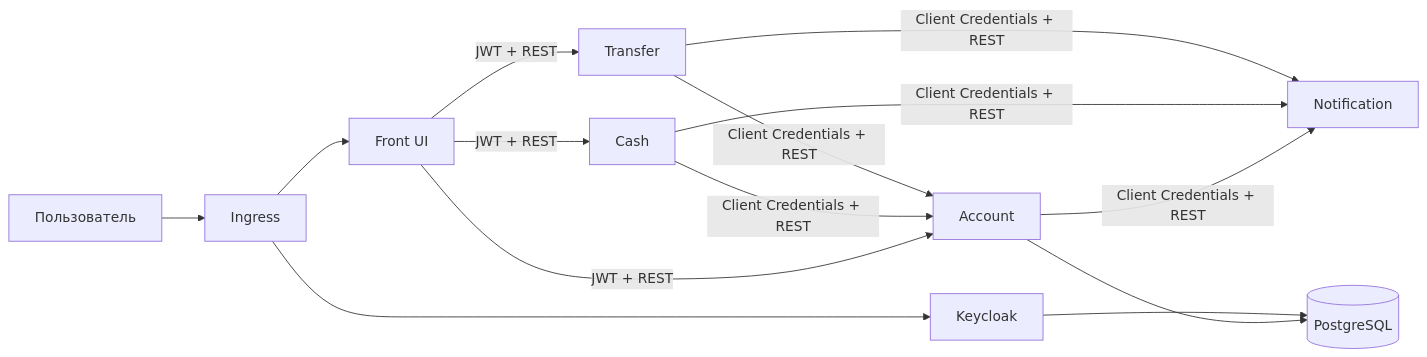
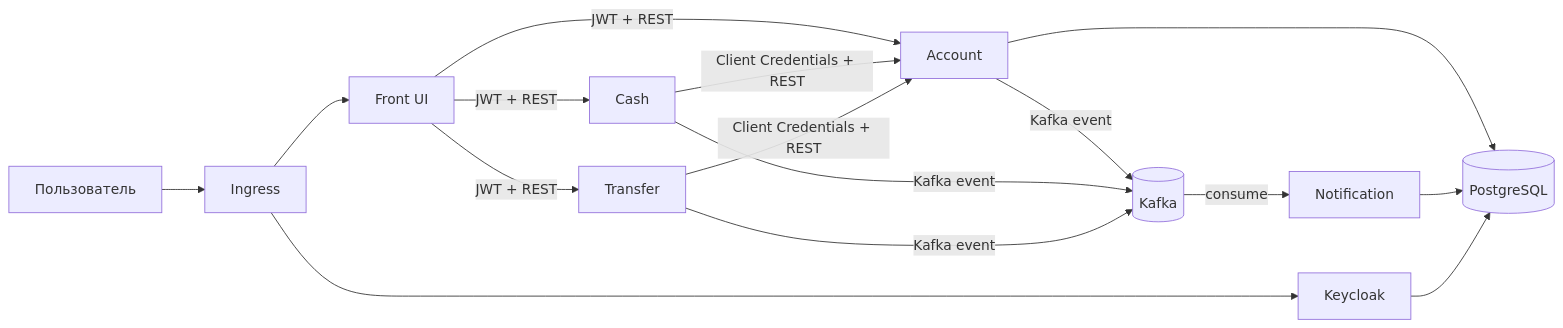
The diagram in README.md (LinnikDanil/my-bank-app), drawn with Mermaid before and after one commit. The commit also changed other lines of this file and 6 other files, not shown here.

````diff
--- a/README.md
+++ b/README.md
@@ -33,20 +35,22 @@
 ```mermaid
 flowchart LR
   User[Пользователь] --> Ingress[Ingress]
   Ingress --> Front[Front UI]
   Ingress --> Keycloak[Keycloak]
 
   Front -->|JWT + REST| Account[Account]
   Front -->|JWT + REST| Cash[Cash]
   Front -->|JWT + REST| Transfer[Transfer]
 
   Cash -->|Client Credentials + REST| Account
   Transfer -->|Client Credentials + REST| Account
 
-  Account -->|Client Credentials + REST| Notification[Notification]
-  Cash -->|Client Credentials + REST| Notification
-  Transfer -->|Client Credentials + REST| Notification
+  Account -->|Kafka event| Kafka[(Kafka)]
+  Cash -->|Kafka event| Kafka
+  Transfer -->|Kafka event| Kafka
+  Kafka -->|consume| Notification[Notification]
 
   Account --> DB[(PostgreSQL)]
+  Notification --> DB
   Keycloak --> DB
 ```
````
